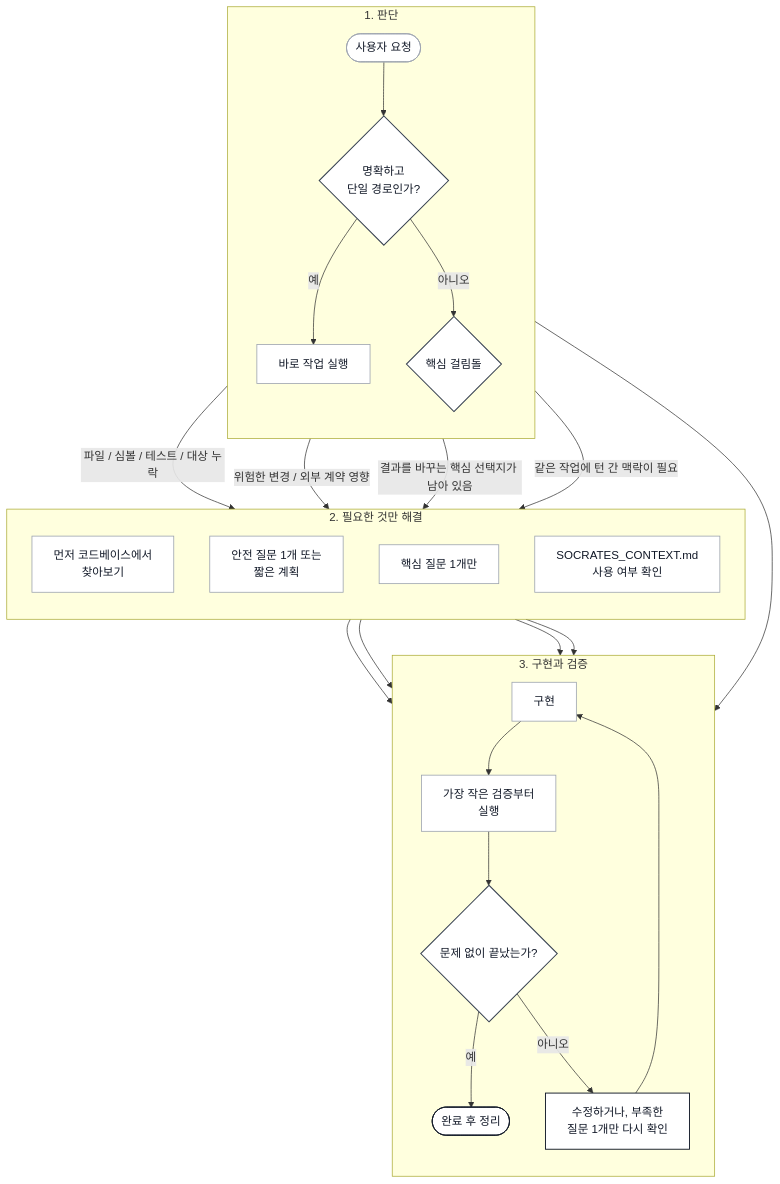
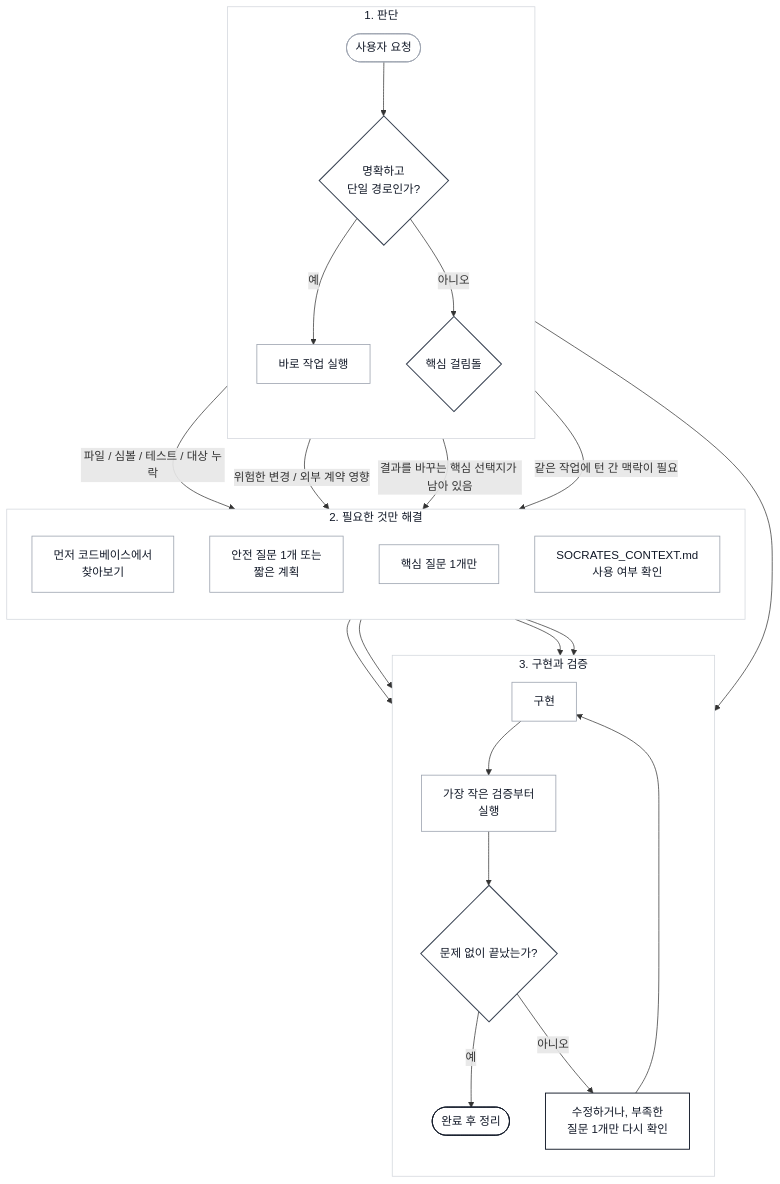
One commit to jiyeongjun/socrates-protocol changed the diagram in README.ko.md. Above: the diagram before and after it, drawn with Mermaid. The commit also changed 1 other file, not shown here.

Commit message:
Make mermaid subgraphs white

````diff
--- a/README.ko.md
+++ b/README.ko.md
@@ -39,41 +39,45 @@
 ```mermaid
 flowchart TB
     classDef decision fill:#ffffff,stroke:#374151,stroke-width:1.4px,color:#111827;
     classDef action fill:#ffffff,stroke:#9ca3af,stroke-width:1.1px,color:#111827;
     classDef emphasis fill:#ffffff,stroke:#111827,stroke-width:1.3px,color:#111827;
 
     subgraph T["1. 판단"]
         direction TB
         A([사용자 요청]):::action --> B{명확하고<br/>단일 경로인가?}:::decision
         B -- 예 --> C[바로 작업 실행]:::action
         B -- 아니오 --> D{핵심 걸림돌}:::decision
     end
 
     subgraph R["2. 필요한 것만 해결"]
         direction TB
         E[먼저 코드베이스에서<br/>찾아보기]:::action
         F[안전 질문 1개 또는<br/>짧은 계획]:::action
         G[핵심 질문 1개만]:::action
         H[SOCRATES_CONTEXT.md<br/>사용 여부 확인]:::action
     end
 
     subgraph X["3. 구현과 검증"]
         direction TB
         I[구현]:::action --> J[가장 작은 검증부터<br/>실행]:::action
         J --> K{문제 없이 끝났는가?}:::decision
         K -- 예 --> L([완료 후 정리]):::emphasis
         K -- 아니오 --> M[수정하거나, 부족한<br/>질문 1개만 다시 확인]:::emphasis
     end
 
     D -- 파일 / 심볼 / 테스트 / 대상 누락 --> E
     D -- 위험한 변경 / 외부 계약 영향 --> F
     D -- 결과를 바꾸는 핵심 선택지가 남아 있음 --> G
     D -- 같은 작업에 턴 간 맥락이 필요 --> H
 
     C --> J
     E --> I
     F --> I
     G --> I
     H --> I
     M --> I
+
+    style T fill:#ffffff,stroke:#d1d5db,stroke-width:1px,color:#111827
+    style R fill:#ffffff,stroke:#d1d5db,stroke-width:1px,color:#111827
+    style X fill:#ffffff,stroke:#d1d5db,stroke-width:1px,color:#111827
 ```
````
